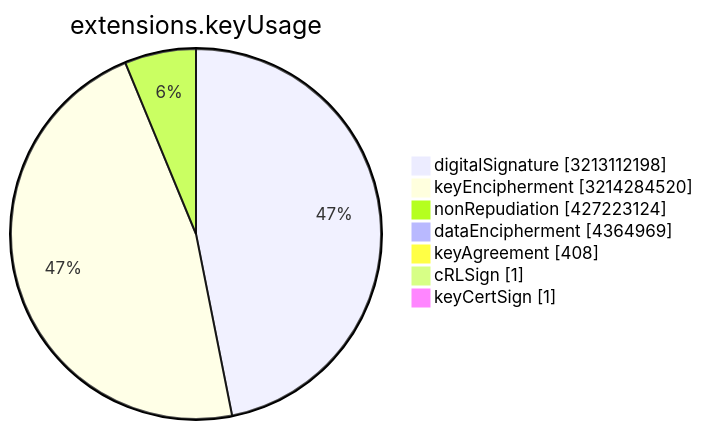
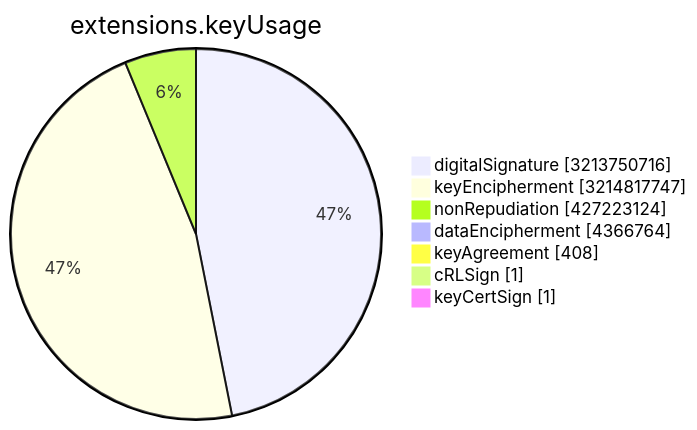
Before and after one commit to christiankrug/ctmonitor_visualization: the sixth of 15 diagrams in TOTAL/README.md, drawn with Mermaid. The commit also changed other lines of this file, not shown here.

````diff
--- a/TOTAL/README.md
+++ b/TOTAL/README.md
@@ -3077,11 +3077,11 @@
 ```mermaid
 pie showData
 title extensions.keyUsage
-"digitalSignature" :3213112198
-"keyEncipherment" :3214284520
+"digitalSignature" :3213750716
+"keyEncipherment" :3214817747
 "nonRepudiation" :427223124
-"dataEncipherment" :4364969
+"dataEncipherment" :4366764
 "keyAgreement" :408
 "cRLSign" :1
 "keyCertSign" :1
 ```
````
